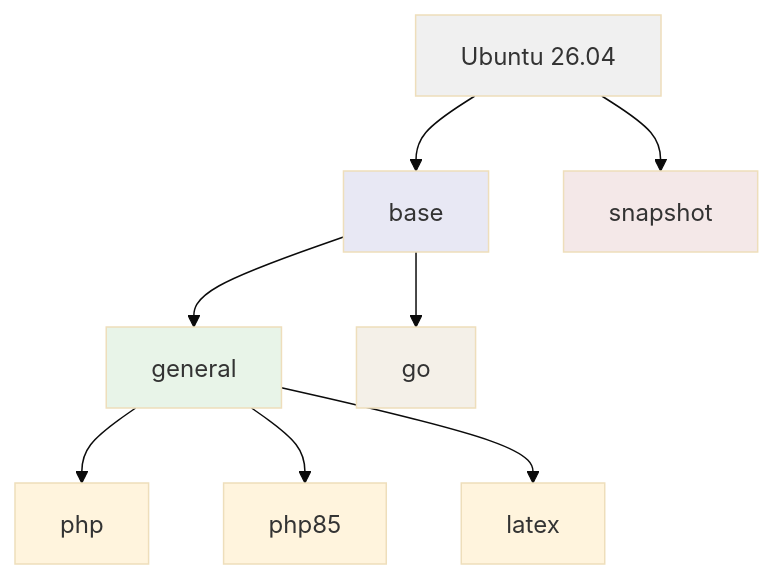
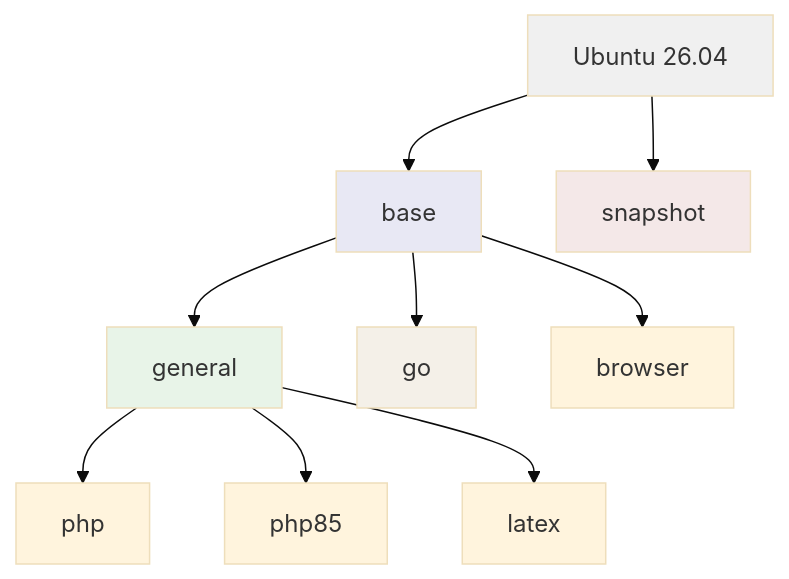
Before and after one commit to devbasex/devbase: the third of 3 diagrams in docs/user/container-operations.md, drawn with Mermaid (base theme). The commit also changed other lines of this file and 2 other files, not shown here.

Commit message:
docs: base からブラウザ・追加の太さのフォント・terraform を外したことと devbase-browser への移り方を仕様・利用者の文書・CHANGELOG に書く (#402)

````diff
--- a/docs/user/container-operations.md
+++ b/docs/user/container-operations.md
@@ -385,16 +385,17 @@
 ```mermaid
 graph TD
     A[Ubuntu 26.04] --> B[base]
     B --> C[general]
     B --> G[go]
+    B --> J[browser]
     C --> D[php]
     C --> I[php85]
     C --> E[latex]
     A --> H[snapshot]
 
     style A fill:#f0f0f0
     style B fill:#e8e8f4
     style C fill:#e8f4e8
     style G fill:#f4f0e8
     style H fill:#f4e8e8
 ```
````
